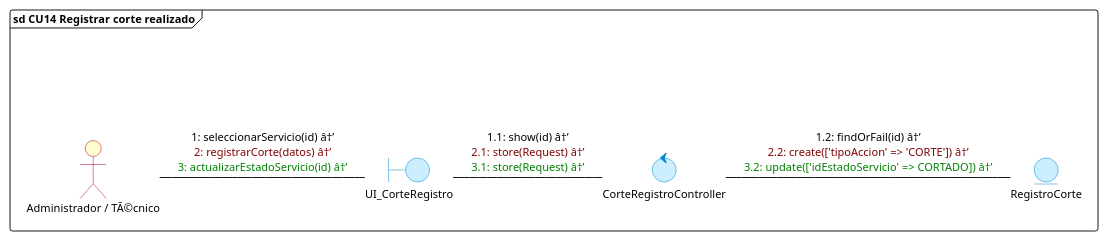
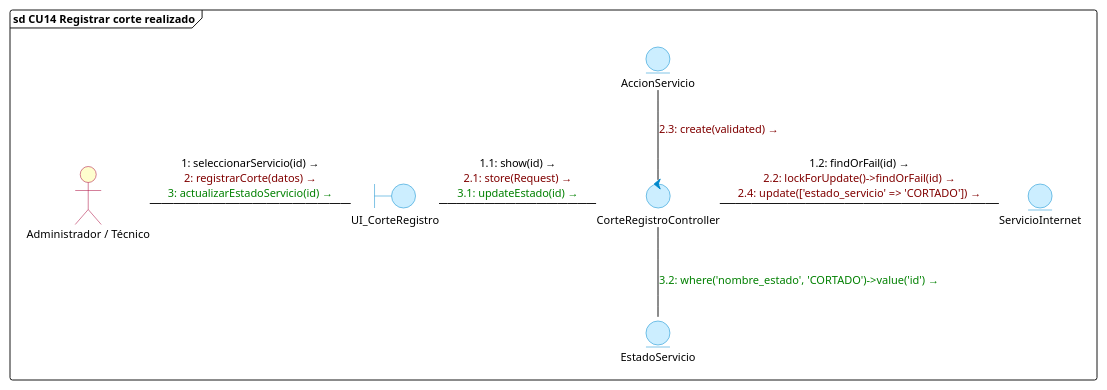
Before and after one commit to DiogoMars777/TELCOM-2.0: diagram 14 of 17 in diagramas/comunicacion/diagramas_comunicacion_todos_cu.puml, drawn with PlantUML. The commit also changed other lines of this file and 16 other files, not shown here.

Commit message:
docs: actualizar diagramas de comunicacion CU01 al CU17 con modelos y tablas canonicas de BD

```diff
--- a/diagramas/comunicacion/diagramas_comunicacion_todos_cu.puml
+++ b/diagramas/comunicacion/diagramas_comunicacion_todos_cu.puml
@@ -431,31 +465,37 @@
 @startuml cu14_registrar_corte_realizado
 skinparam backgroundColor white
 skinparam defaultFontName "Segoe UI"
 skinparam defaultFontSize 11
 skinparam interfaceBackgroundColor transparent
 skinparam interfaceBorderColor transparent
 skinparam actorBackgroundColor #FEFECE
 skinparam actorBorderColor #A80036
 skinparam boundaryBackgroundColor #CCEEFF
 skinparam boundaryBorderColor #0088CC
 skinparam controlBackgroundColor #CCEEFF
 skinparam controlBorderColor #0088CC
 skinparam entityBackgroundColor #CCEEFF
 skinparam entityBorderColor #0088CC
 
 frame "sd CU14 Registrar corte realizado" {
     () " " as spacer
-    actor "Administrador / TÃ©cnico" as Admin
+    actor "Administrador / Técnico" as Admin
     boundary UI_CorteRegistro
     control CorteRegistroController
-    entity RegistroCorte
+    entity ServicioInternet
+    entity AccionServicio
+    entity EstadoServicio
 
     spacer -[hidden]down- Admin
 
-    Admin -right- UI_CorteRegistro : <font color=#000000>1: seleccionarServicio(id) â†’</font>\n<font color=#800000>2: registrarCorte(datos) â†’</font>\n<font color=#008000>3: actualizarEstadoServicio(id) â†’</font>
+    Admin -right- UI_CorteRegistro : <font color=#000000>1: seleccionarServicio(id) →</font>\n<font color=#800000>2: registrarCorte(datos) →</font>\n<font color=#008000>3: actualizarEstadoServicio(id) →</font>
 
-    UI_CorteRegistro -right- CorteRegistroController : <font color=#000000>1.1: show(id) â†’</font>\n<font color=#800000>2.1: store(Request) â†’</font>\n<font color=#008000>3.1: store(Request) â†’</font>
+    UI_CorteRegistro -right- CorteRegistroController : <font color=#000000>1.1: show(id) →</font>\n<font color=#800000>2.1: store(Request) →</font>\n<font color=#008000>3.1: updateEstado(id) →</font>
 
-    CorteRegistroController -right- RegistroCorte : <font color=#000000>1.2: findOrFail(id) â†’</font>\n<font color=#800000>2.2: create(['tipoAccion' => 'CORTE']) â†’</font>\n<font color=#008000>3.2: update(['idEstadoServicio' => CORTADO]) â†’</font>
+    CorteRegistroController -right- ServicioInternet : <font color=#000000>1.2: findOrFail(id) →</font>\n<font color=#800000>2.2: lockForUpdate()->findOrFail(id) →</font>\n<font color=#800000>2.4: update(['estado_servicio' => 'CORTADO']) →</font>
+
+    CorteRegistroController -up- AccionServicio : <font color=#800000>2.3: create(validated) →</font>
+
+    CorteRegistroController -down- EstadoServicio : <font color=#008000>3.2: where('nombre_estado', 'CORTADO')->value('id') →</font>
 }
 @enduml
```
